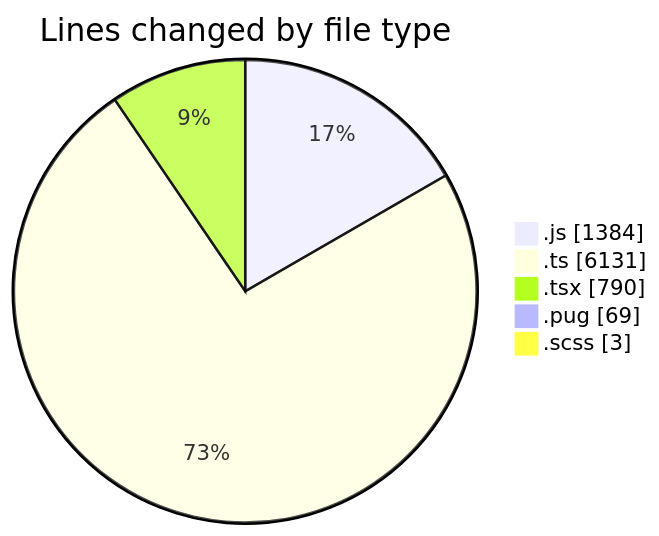
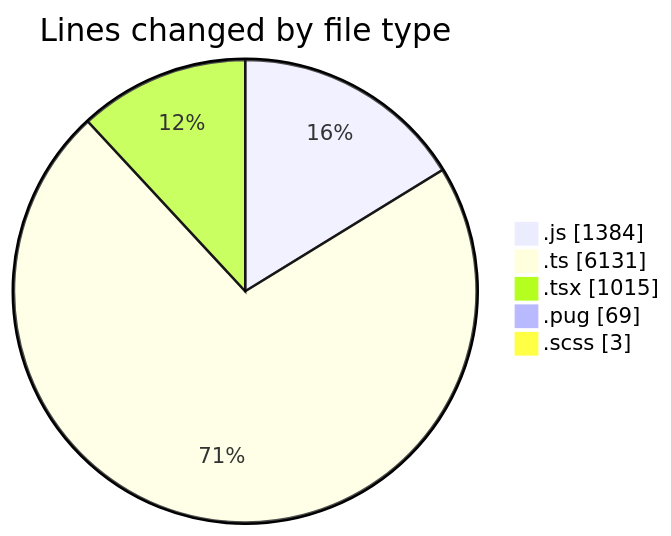
One commit to momahboobian/code-tracking changed the first of 2 diagrams in 2025-03-25/cda/README.md. Above: the diagram before and after it, drawn with Mermaid. The commit also changed other lines of this file and 1 other file, not shown here.

````diff
--- a/2025-03-25/cda/README.md
+++ b/2025-03-25/cda/README.md
@@ -36,9 +37,9 @@
 ```mermaid
 pie showData
 title Lines changed by file type
 ".js" : 1384
 ".ts" : 6131
-".tsx" : 790
+".tsx" : 1015
 ".pug" : 69
 ".scss" : 3
 ```
````
